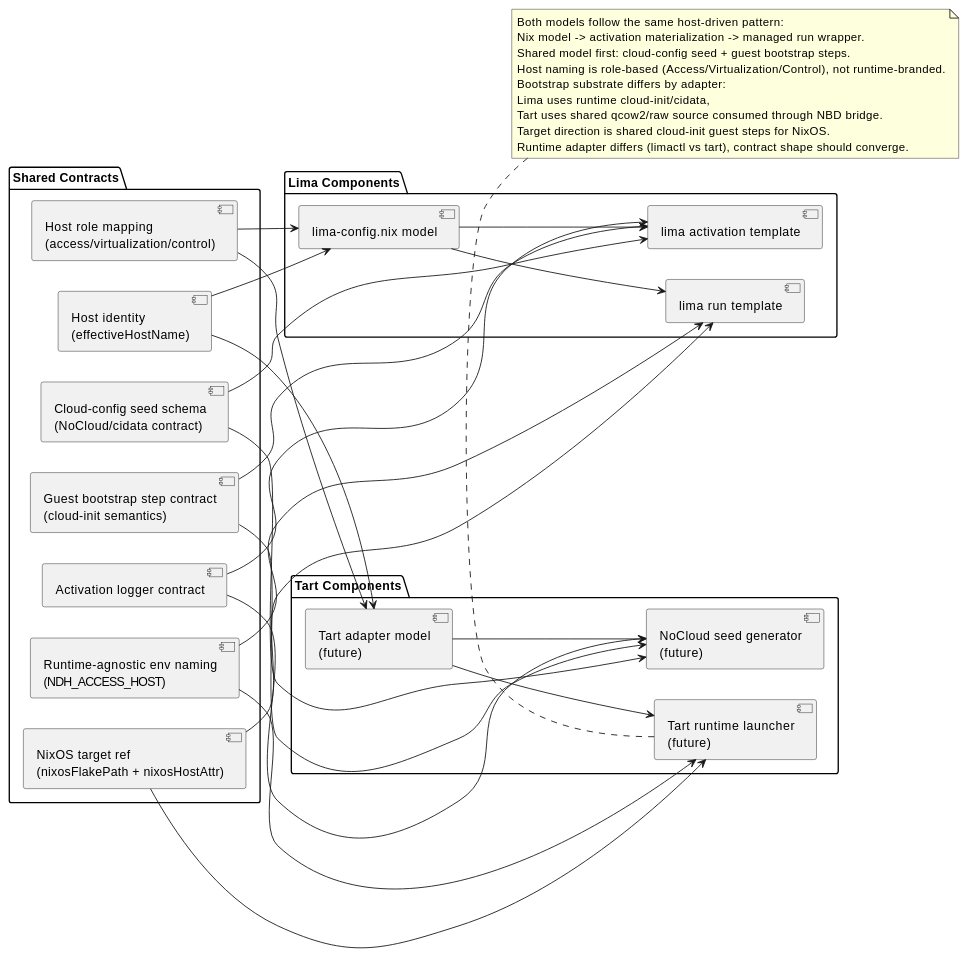
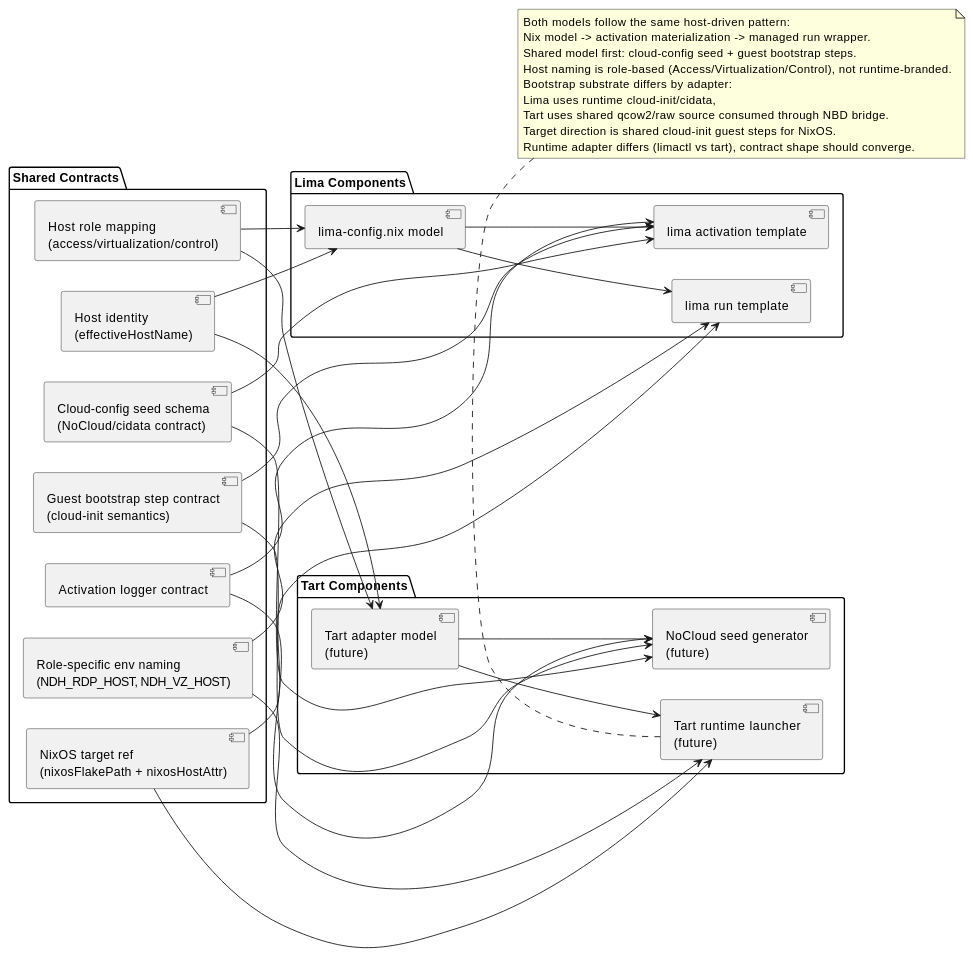
Before and after one commit to seedmatic/ndh: the third of 3 diagrams in docs/vm-configuration-models-c4.adoc, drawn with PlantUML. The commit also changed other lines of this file and 4 other files, not shown here.

Commit message:
refactor(env): split NDH host vars into RDP/VZ canonical names @codebase @copilot

```diff
--- a/docs/vm-configuration-models-c4.adoc
+++ b/docs/vm-configuration-models-c4.adoc
@@ -387,63 +390,63 @@
 [plantuml]
 ----
 @startuml
 ' @codebase
 left to right direction
 
 package "Shared Contracts" {
   [Host identity\n(effectiveHostName)] as identity
   [Host role mapping\n(access/virtualization/control)] as hostroles
   [Cloud-config seed schema\n(NoCloud/cidata contract)] as seed
   [Guest bootstrap step contract\n(cloud-init semantics)] as gueststeps
   [NixOS target ref\n(nixosFlakePath + nixosHostAttr)] as nixosref
-  [Runtime-agnostic env naming\n(NDH_ACCESS_HOST)] as envnaming
+  [Role-specific env naming\n(NDH_RDP_HOST, NDH_VZ_HOST)] as envnaming
   [Activation logger contract] as actlog
 }
 
 package "Lima Components" {
   [lima-config.nix model] as lcmodel
   [lima activation template] as lcact
   [lima run template] as lcrun
 }
 
 package "Tart Components" {
   [Tart adapter model\n(future)] as tcmodel
   [NoCloud seed generator\n(future)] as tcact
   [Tart runtime launcher\n(future)] as tcrun
 }
 
 identity --> lcmodel
 identity --> tcmodel
 hostroles --> lcmodel
 hostroles --> tcmodel
 seed --> lcact
 seed --> tcact
 gueststeps --> lcact
 gueststeps --> tcact
 nixosref --> lcrun
 nixosref --> tcrun
 envnaming --> lcrun
 envnaming --> tcrun
 actlog --> lcact
 actlog --> tcact
 
 lcmodel --> lcact
 lcmodel --> lcrun
 
 tcmodel --> tcact
 
 tcmodel --> tcrun
 
 note bottom
   Both models follow the same host-driven pattern:
   Nix model -> activation materialization -> managed run wrapper.
   Shared model first: cloud-config seed + guest bootstrap steps.
   Host naming is role-based (Access/Virtualization/Control), not runtime-branded.
   Bootstrap substrate differs by adapter:
   Lima uses runtime cloud-init/cidata,
   Tart uses shared qcow2/raw source consumed through NBD bridge.
   Target direction is shared cloud-init guest steps for NixOS.
   Runtime adapter differs (limactl vs tart), contract shape should converge.
 end note
 @enduml
 ----
```
